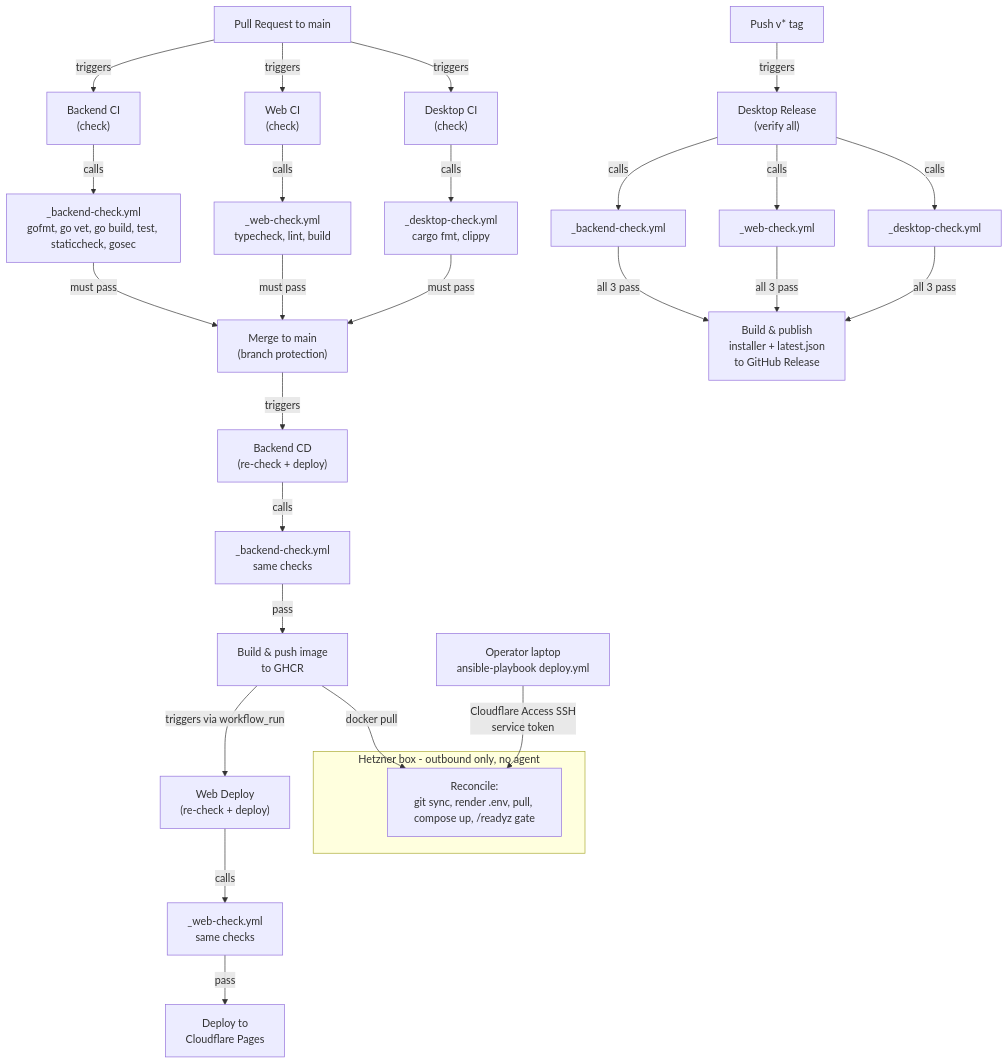
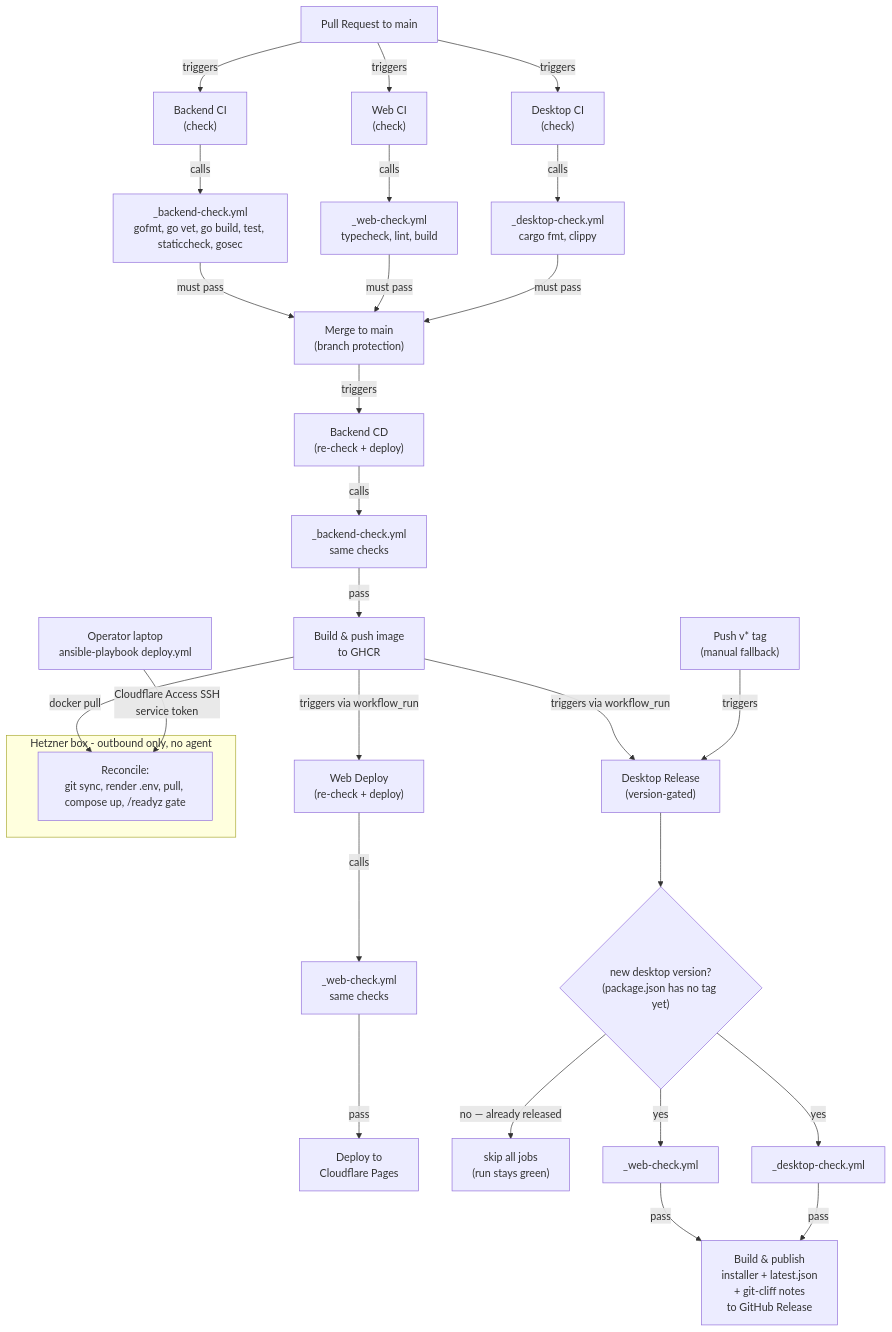
One commit to ducktivity/drinkwater changed the seventh of 10 diagrams in docs/architecture.md. Above: the diagram before and after it, drawn with Mermaid. The commit also changed other lines of this file, not shown here.

Commit message:
docs: align architecture CD section with merged desktop release

````diff
--- a/docs/architecture.md
+++ b/docs/architecture.md
@@ -206,37 +206,38 @@
 ```mermaid
 graph TD
     PR["Pull Request to main"] -->|triggers| CIB["Backend CI<br/>(check)"]
     PR -->|triggers| CIW["Web CI<br/>(check)"]
     PR -->|triggers| CID["Desktop CI<br/>(check)"]
 
     CIB -->|calls| CheckB["_backend-check.yml<br/>gofmt, go vet, go build, test, staticcheck, gosec"]
     CIW -->|calls| CheckW["_web-check.yml<br/>typecheck, lint, build"]
     CID -->|calls| CheckD["_desktop-check.yml<br/>cargo fmt, clippy"]
 
     CheckB -->|must pass| Merge["Merge to main<br/>(branch protection)"]
     CheckW -->|must pass| Merge
     CheckD -->|must pass| Merge
 
     Merge -->|triggers| CDB["Backend CD<br/>(re-check + deploy)"]
     CDB -->|calls| CheckB2["_backend-check.yml<br/>same checks"]
     CheckB2 -->|pass| Img["Build & push image<br/>to GHCR"]
 
     Img -->|triggers via workflow_run| CDW["Web Deploy<br/>(re-check + deploy)"]
     CDW -->|calls| CheckW2["_web-check.yml<br/>same checks"]
     CheckW2 -->|pass| Pages["Deploy to<br/>Cloudflare Pages"]
 
-    Tag["Push v* tag"] -->|triggers| CDD["Desktop Release<br/>(verify all)"]
-    CDD -->|calls| CheckB3["_backend-check.yml"]
-    CDD -->|calls| CheckW3["_web-check.yml"]
-    CDD -->|calls| CheckD3["_desktop-check.yml"]
-    CheckB3 -->|all 3 pass| DBuild["Build & publish<br/>installer + latest.json<br/>to GitHub Release"]
-    CheckW3 -->|all 3 pass| DBuild
-    CheckD3 -->|all 3 pass| DBuild
+    Img -->|triggers via workflow_run| CDD["Desktop Release<br/>(version-gated)"]
+    Tag["Push v* tag<br/>(manual fallback)"] -->|triggers| CDD
+    CDD --> Decide{"new desktop version?<br/>(package.json has no tag yet)"}
+    Decide -->|"no — already released"| Skip["skip all jobs<br/>(run stays green)"]
+    Decide -->|yes| CheckW3["_web-check.yml"]
+    Decide -->|yes| CheckD3["_desktop-check.yml"]
+    CheckW3 -->|pass| DBuild["Build & publish<br/>installer + latest.json<br/>+ git-cliff notes<br/>to GitHub Release"]
+    CheckD3 -->|pass| DBuild
 
     Img -->|docker pull| Box
     Laptop["Operator laptop<br/>ansible-playbook deploy.yml"] -->|"Cloudflare Access SSH<br/>service token"| Box
 
     subgraph HZ["Hetzner box - outbound only, no agent"]
         Box["Reconcile:<br/>git sync, render .env, pull, compose up, /readyz gate"]
     end
 ```
````
